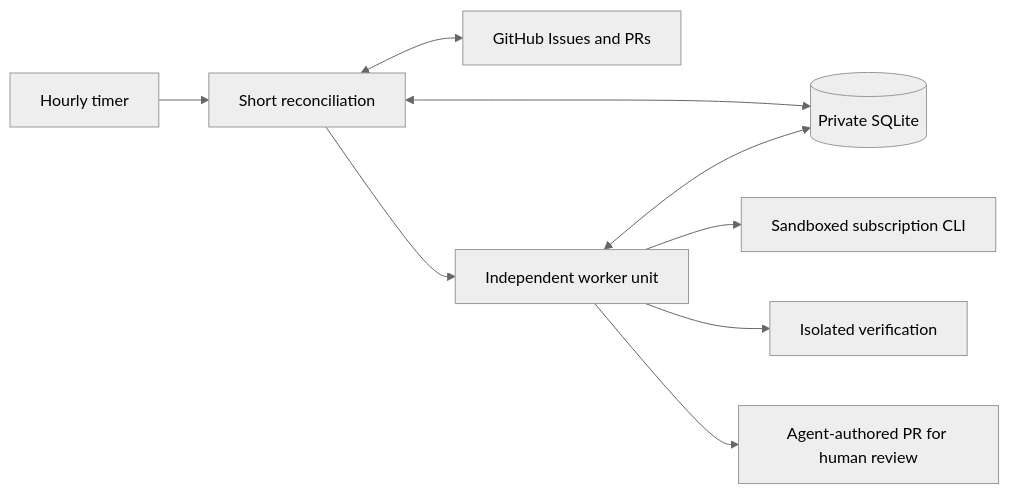
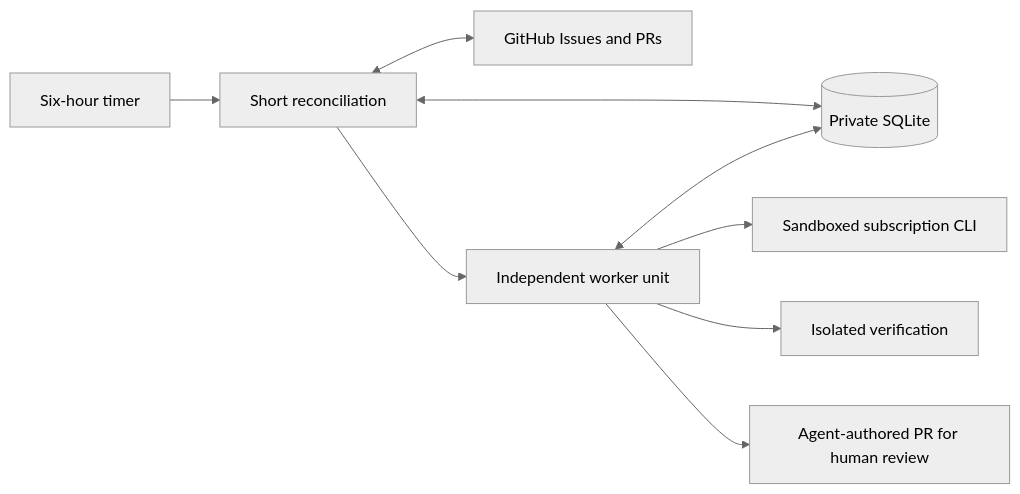
One commit to Yamatoberu/bigmattsbbq changed the diagram in tools/agent-orchestrator/docs/ARCHITECTURE.md. Above: the diagram before and after it, drawn with Mermaid (neutral theme). The commit also changed 2 other files, not shown here.

Commit message:
chore: reconcile agent work every six hours

````diff
--- a/tools/agent-orchestrator/docs/ARCHITECTURE.md
+++ b/tools/agent-orchestrator/docs/ARCHITECTURE.md
@@ -21,11 +21,11 @@
 ```mermaid
 flowchart LR
-  Timer[Hourly timer] --> Wake[Short reconciliation]
+  Timer[Six-hour timer] --> Wake[Short reconciliation]
   Wake <--> DB[(Private SQLite)]
   Wake <--> GH[GitHub Issues and PRs]
   Wake --> Unit[Independent worker unit]
   Unit <--> DB
   Unit --> Codex[Sandboxed subscription CLI]
   Unit --> Checks[Isolated verification]
   Unit --> PR[Agent-authored PR for human review]
 ```
````
